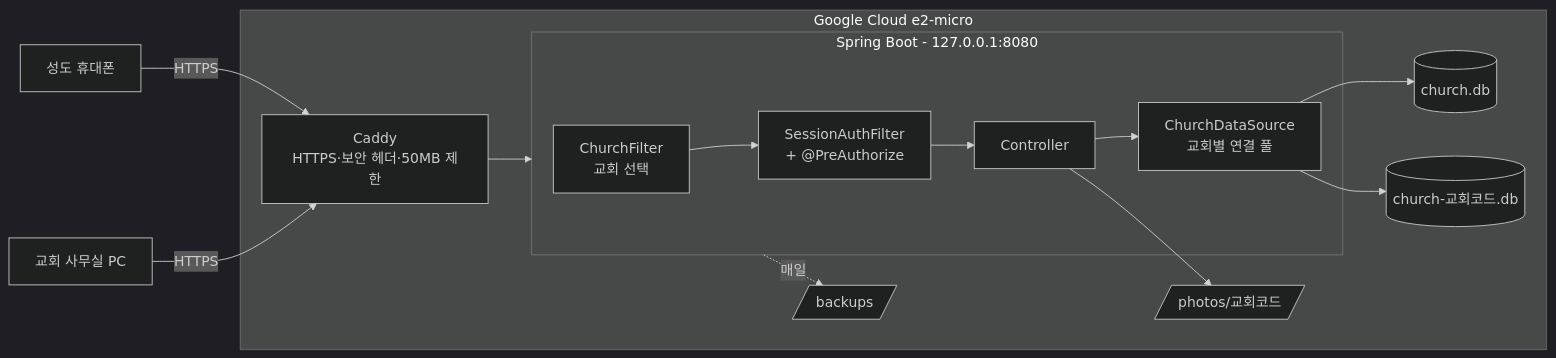
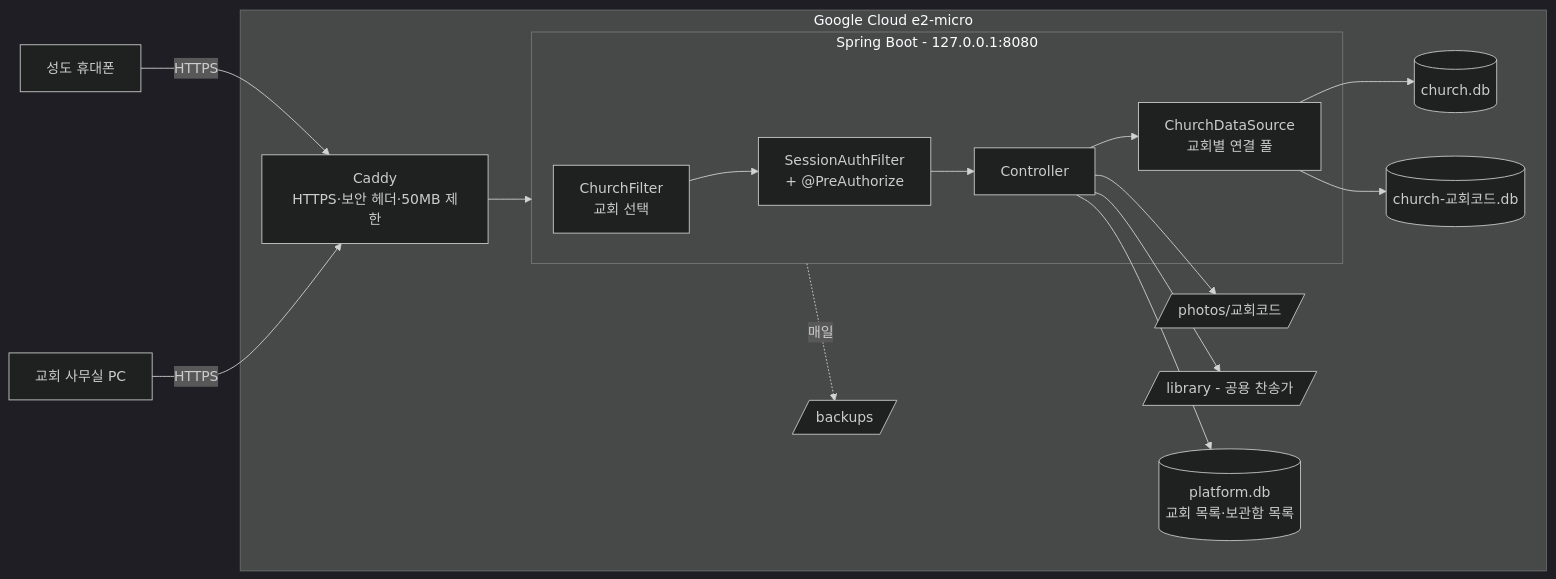
The diagram in README.md (swh7j/churchService), drawn with Mermaid (dark theme) before and after one commit. The commit also changed other lines of this file, not shown here.

First line of the commit message:
README: 공용 찬송가 보관함, 요청·제보 게시판, 격리 테스트, 트러블슈팅 추가

````diff
--- a/README.md
+++ b/README.md
@@ -58,17 +59,19 @@
 ```mermaid
 flowchart LR
   P[성도 휴대폰] -- HTTPS --> C
   A[교회 사무실 PC] -- HTTPS --> C
   subgraph S[Google Cloud e2-micro]
     C[Caddy<br/>HTTPS·보안 헤더·50MB 제한] --> J
     subgraph J[Spring Boot - 127.0.0.1:8080]
       F[ChurchFilter<br/>교회 선택] --> SEC[SessionAuthFilter<br/>+ @PreAuthorize]
       SEC --> API[Controller]
       API --> DS[ChurchDataSource<br/>교회별 연결 풀]
     end
     DS --> D1[(church.db)]
     DS --> D2[(church-교회코드.db)]
     API --> PH[/photos/교회코드/]
+    API --> LIB[/library - 공용 찬송가/]
+    API --> PDB[(platform.db<br/>교회 목록·보관함 목록)]
     J -. 매일 .-> B[/backups/]
   end
 ```
````
